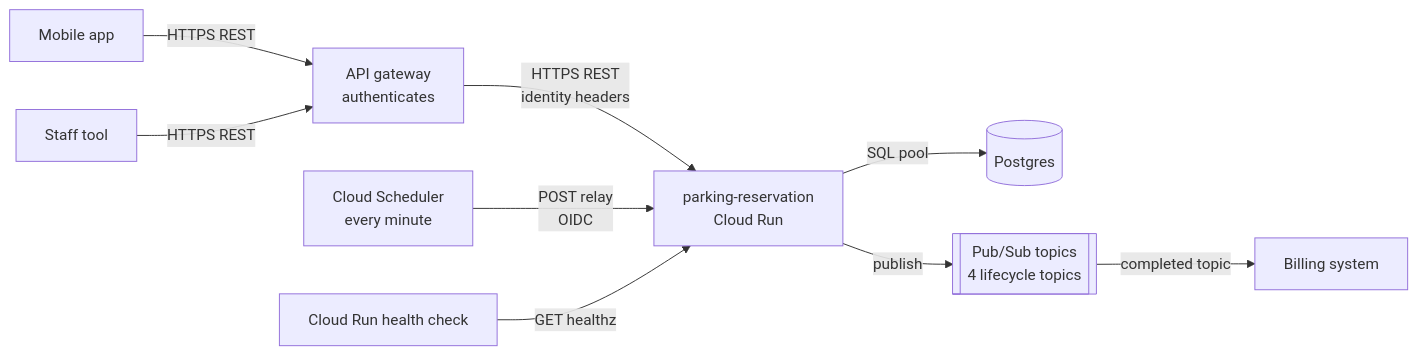
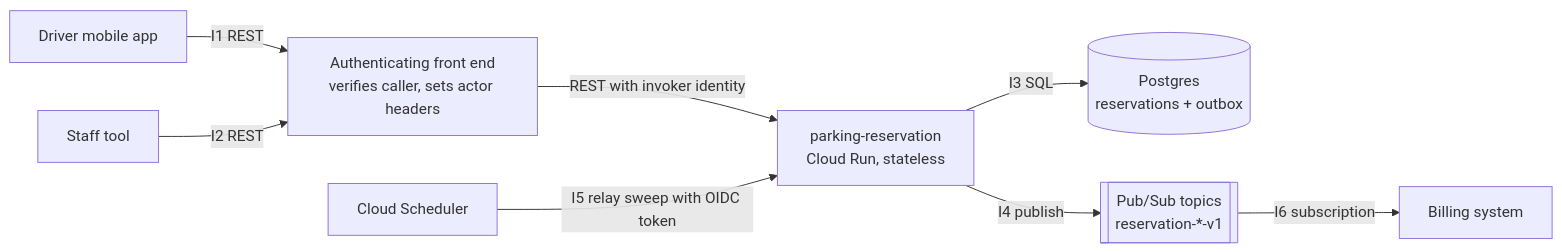
One commit to si1verwind17/backend-skills changed the first of 4 diagrams in demo/parking-reservation/docs/backend-design/architecture-design.md. Above: the diagram before and after it, drawn with Mermaid. The commit also changed other lines of this file and 229 other files, not shown here.

First line of the commit message:
Demo: rerun parking-reservation on 1.1.0 (auto until done); scenario 6 graded 8/8

````diff
--- a/demo/parking-reservation/docs/backend-design/architecture-design.md
+++ b/demo/parking-reservation/docs/backend-design/architecture-design.md
@@ -10,11 +9,10 @@
 ```mermaid
 flowchart LR
-    App[Mobile app] -->|HTTPS REST| GW[API gateway<br/>authenticates]
-    Staff[Staff tool] -->|HTTPS REST| GW
-    GW -->|HTTPS REST<br/>identity headers| SVC[parking-reservation<br/>Cloud Run]
-    SVC -->|SQL pool| DB[(Postgres)]
-    SCH[Cloud Scheduler<br/>every minute] -->|POST relay<br/>OIDC| SVC
-    HC[Cloud Run health check] -->|GET healthz| SVC
-    SVC -->|publish| PS[[Pub/Sub topics<br/>4 lifecycle topics]]
-    PS -->|completed topic| BILL[Billing system]
+    App[Driver mobile app] -->|I1 REST| GW
+    Staff[Staff tool] -->|I2 REST| GW
+    GW[Authenticating front end<br/>verifies caller, sets actor headers] -->|REST with invoker identity| Svc
+    Sched[Cloud Scheduler] -->|I5 relay sweep with OIDC token| Svc
+    Svc[parking-reservation<br/>Cloud Run, stateless] -->|I3 SQL| DB[(Postgres<br/>reservations + outbox)]
+    Svc -->|I4 publish| Topics[[Pub/Sub topics<br/>reservation-*-v1]]
+    Topics -->|I6 subscription| Billing[Billing system]
 ```
````
